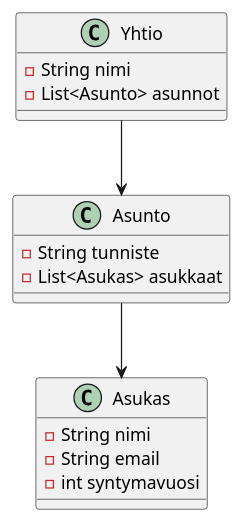
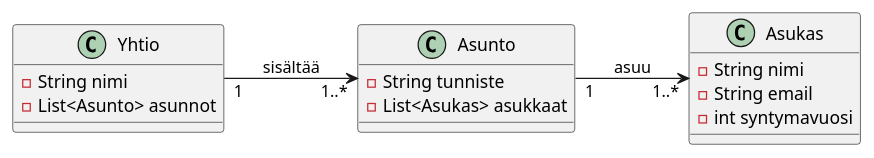
One commit to ohj-perus-jy/ohj2 changed the second of 4 diagrams in src/osa9/01-harjoitustyo.md. Above: the diagram before and after it, drawn with PlantUML. The commit also changed other lines of this file and 5 other files, not shown here.

````diff
--- a/src/osa9/01-harjoitustyo.md
+++ b/src/osa9/01-harjoitustyo.md
@@ -230,22 +248,24 @@
 ```plantuml
 @startuml
+left to right direction
+
 class Asukas {
   - String nimi
   - String email
   - int syntymavuosi
 }
 
 class Asunto {
   - String tunniste
   - List<Asukas> asukkaat
 }
 
 class Yhtio {
   - String nimi
   - List<Asunto> asunnot
 }
 
-Yhtio --> Asunto
-Asunto --> Asukas
+Yhtio "1" --> "1..*" Asunto : sisältää
+Asunto "1" --> "1..*" Asukas : asuu
 @enduml
 ``` 
````
